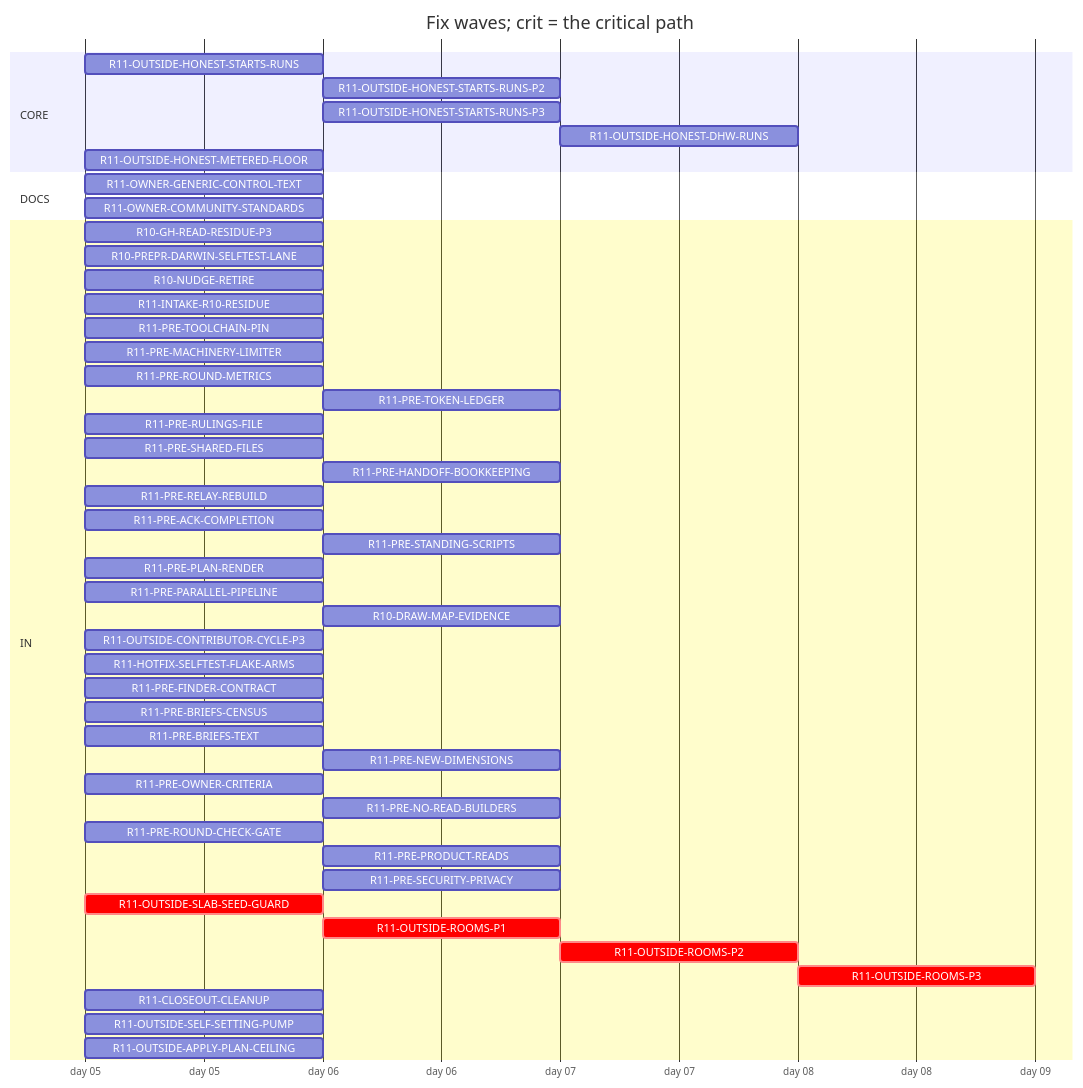
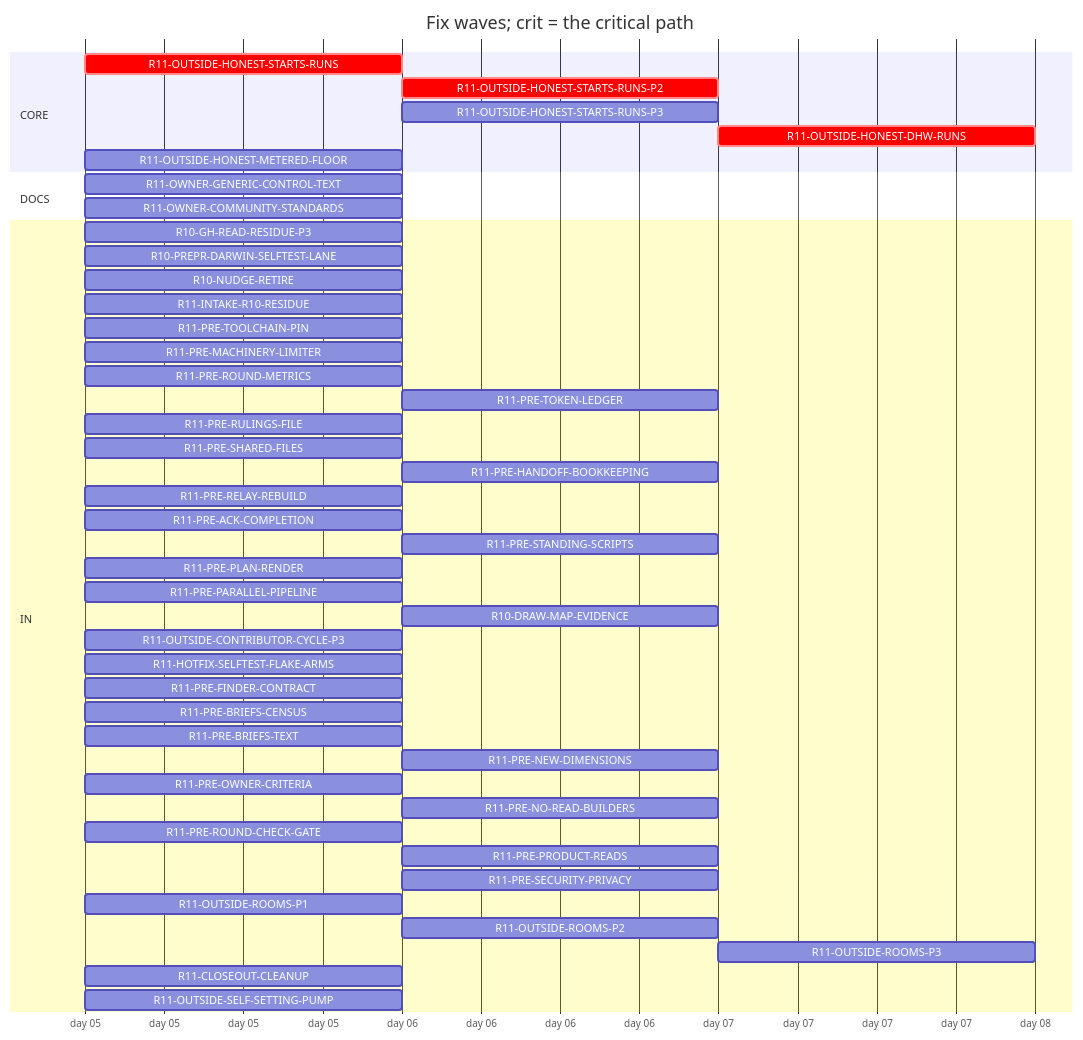
The diagram in handoff/round11/state/PLAN-TABLE.md (tvofi/heatpump_optimizer), drawn with Mermaid before and after one commit. The commit also changed other lines of this file and 4 other files, not shown here.

Commit message:
state: FLOW-BOARD.md, NEXT-SESSION-PROMPT.md, PLAN-TABLE.md, PLAN.html, RESUME-CURRENT.md regenerated (state_docs.py)

````diff
--- a/handoff/round11/state/PLAN-TABLE.md
+++ b/handoff/round11/state/PLAN-TABLE.md
@@ -16,51 +16,49 @@
 ```mermaid
 gantt
   title Fix waves; crit = the critical path
   dateFormat YYYY-MM-DD
   axisFormat day %d
   section CORE
-    R11-OUTSIDE-HONEST-STARTS-RUNS :r11OUTSIDEHONESTSTARTSRUNS, 2026-01-05, 1d
-    R11-OUTSIDE-HONEST-STARTS-RUNS-P2 :r11OUTSIDEHONESTSTARTSRUNSP2, after r11OUTSIDEHONESTSTARTSRUNS, 1d
+    R11-OUTSIDE-HONEST-STARTS-RUNS :crit, r11OUTSIDEHONESTSTARTSRUNS, 2026-01-05, 1d
+    R11-OUTSIDE-HONEST-STARTS-RUNS-P2 :crit, r11OUTSIDEHONESTSTARTSRUNSP2, after r11OUTSIDEHONESTSTARTSRUNS, 1d
     R11-OUTSIDE-HONEST-STARTS-RUNS-P3 :r11OUTSIDEHONESTSTARTSRUNSP3, after r11OUTSIDEHONESTSTARTSRUNS, 1d
-    R11-OUTSIDE-HONEST-DHW-RUNS :r11OUTSIDEHONESTDHWRUNS, after r11OUTSIDEHONESTSTARTSRUNS r11OUTSIDEHONESTSTARTSRUNSP2, 1d
+    R11-OUTSIDE-HONEST-DHW-RUNS :crit, r11OUTSIDEHONESTDHWRUNS, after r11OUTSIDEHONESTSTARTSRUNS r11OUTSIDEHONESTSTARTSRUNSP2, 1d
     R11-OUTSIDE-HONEST-METERED-FLOOR :r11OUTSIDEHONESTMETEREDFLOOR, 2026-01-05, 1d
   section DOCS
     R11-OWNER-GENERIC-CONTROL-TEXT :r11OWNERGENERICCONTROLTEXT, 2026-01-05, 1d
     R11-OWNER-COMMUNITY-STANDARDS :r11OWNERCOMMUNITYSTANDARDS, 2026-01-05, 1d
   section IN
     R10-GH-READ-RESIDUE-P3 :r10GHREADRESIDUEP3, 2026-01-05, 1d
     R10-PREPR-DARWIN-SELFTEST-LANE :r10PREPRDARWINSELFTESTLANE, 2026-01-05, 1d
     R10-NUDGE-RETIRE :r10NUDGERETIRE, 2026-01-05, 1d
     R11-INTAKE-R10-RESIDUE :r11INTAKER10RESIDUE, 2026-01-05, 1d
     R11-PRE-TOOLCHAIN-PIN :r11PRETOOLCHAINPIN, 2026-01-05, 1d
     R11-PRE-MACHINERY-LIMITER :r11PREMACHINERYLIMITER, 2026-01-05, 1d
     R11-PRE-ROUND-METRICS :r11PREROUNDMETRICS, 2026-01-05, 1d
     R11-PRE-TOKEN-LEDGER :r11PRETOKENLEDGER, after r10GHREADRESIDUEP3, 1d
     R11-PRE-RULINGS-FILE :r11PRERULINGSFILE, 2026-01-05, 1d
     R11-PRE-SHARED-FILES :r11PRESHAREDFILES, 2026-01-05, 1d
     R11-PRE-HANDOFF-BOOKKEEPING :r11PREHANDOFFBOOKKEEPING, after r11PRERELAYREBUILD, 1d
     R11-PRE-RELAY-REBUILD :r11PRERELAYREBUILD, 2026-01-05, 1d
     R11-PRE-ACK-COMPLETION :r11PREACKCOMPLETION, 2026-01-05, 1d
     R11-PRE-STANDING-SCRIPTS :r11PRESTANDINGSCRIPTS, after r11PREPARALLELPIPELINE, 1d
     R11-PRE-PLAN-RENDER :r11PREPLANRENDER, 2026-01-05, 1d
     R11-PRE-PARALLEL-PIPELINE :r11PREPARALLELPIPELINE, 2026-01-05, 1d
     R10-DRAW-MAP-EVIDENCE :r10DRAWMAPEVIDENCE, after r11OUTSIDESELFSETTINGPUMP, 1d
     R11-OUTSIDE-CONTRIBUTOR-CYCLE-P3 :r11OUTSIDECONTRIBUTORCYCLEP3, 2026-01-05, 1d
     R11-HOTFIX-SELFTEST-FLAKE-ARMS :r11HOTFIXSELFTESTFLAKEARMS, 2026-01-05, 1d
     R11-PRE-FINDER-CONTRACT :r11PREFINDERCONTRACT, 2026-01-05, 1d
     R11-PRE-BRIEFS-CENSUS :r11PREBRIEFSCENSUS, 2026-01-05, 1d
     R11-PRE-BRIEFS-TEXT :r11PREBRIEFSTEXT, 2026-01-05, 1d
     R11-PRE-NEW-DIMENSIONS :r11PRENEWDIMENSIONS, after r11PREFINDERCONTRACT r11PREBRIEFSCENSUS, 1d
     R11-PRE-OWNER-CRITERIA :r11PREOWNERCRITERIA, 2026-01-05, 1d
     R11-PRE-NO-READ-BUILDERS :r11PRENOREADBUILDERS, after r11PREMACHINERYLIMITER, 1d
     R11-PRE-ROUND-CHECK-GATE :r11PREROUNDCHECKGATE, 2026-01-05, 1d
     R11-PRE-PRODUCT-READS :r11PREPRODUCTREADS, after r11PREBRIEFSCENSUS, 1d
     R11-PRE-SECURITY-PRIVACY :r11PRESECURITYPRIVACY, after r11PREFINDERCONTRACT r11PREBRIEFSCENSUS, 1d
-    R11-OUTSIDE-SLAB-SEED-GUARD :crit, r11OUTSIDESLABSEEDGUARD, 2026-01-05, 1d
-    R11-OUTSIDE-ROOMS-P1 :crit, r11OUTSIDEROOMSP1, after r11OUTSIDESLABSEEDGUARD, 1d
-    R11-OUTSIDE-ROOMS-P2 :crit, r11OUTSIDEROOMSP2, after r11OUTSIDEROOMSP1, 1d
-    R11-OUTSIDE-ROOMS-P3 :crit, r11OUTSIDEROOMSP3, after r11OUTSIDEROOMSP2, 1d
+    R11-OUTSIDE-ROOMS-P1 :r11OUTSIDEROOMSP1, 2026-01-05, 1d
+    R11-OUTSIDE-ROOMS-P2 :r11OUTSIDEROOMSP2, after r11OUTSIDEROOMSP1, 1d
+    R11-OUTSIDE-ROOMS-P3 :r11OUTSIDEROOMSP3, after r11OUTSIDEROOMSP2, 1d
     R11-CLOSEOUT-CLEANUP :r11CLOSEOUTCLEANUP, 2026-01-05, 1d
     R11-OUTSIDE-SELF-SETTING-PUMP :r11OUTSIDESELFSETTINGPUMP, 2026-01-05, 1d
-    R11-OUTSIDE-APPLY-PLAN-CEILING :r11OUTSIDEAPPLYPLANCEILING, 2026-01-05, 1d
 ```
````
